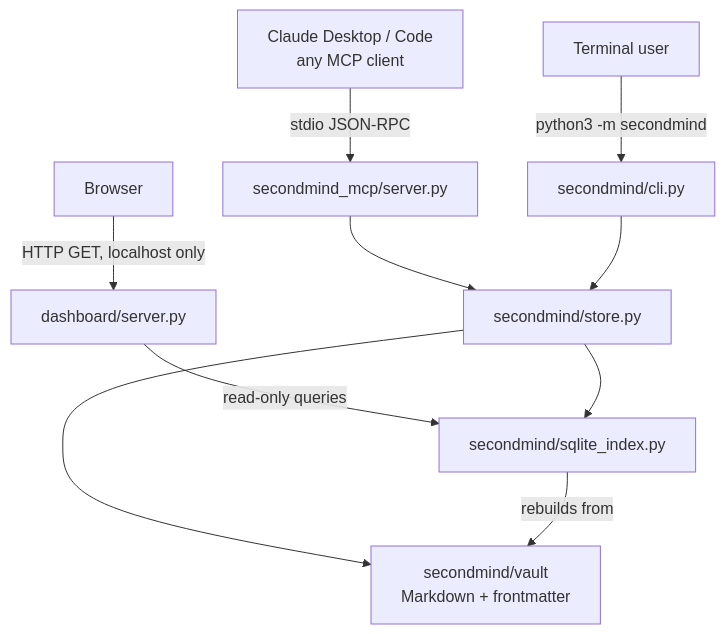
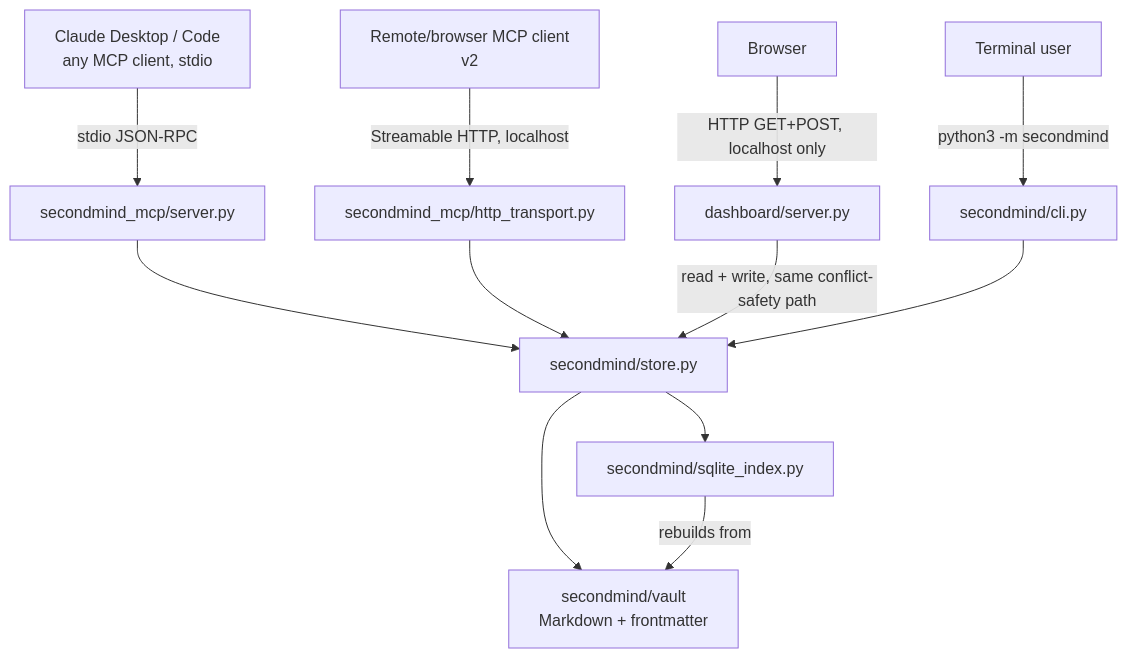
One commit to al-amin/SecondMind changed the first of 4 diagrams in ARCHITECTURE.md. Above: the diagram before and after it, drawn with Mermaid. The commit also changed other lines of this file, not shown here.

````diff
--- a/ARCHITECTURE.md
+++ b/ARCHITECTURE.md
@@ -13,14 +15,16 @@
 ```mermaid
 graph TD
-    A[Claude Desktop / Code<br/>any MCP client] -->|stdio JSON-RPC| B[secondmind_mcp/server.py]
-    C[Browser] -->|HTTP GET, localhost only| D[dashboard/server.py]
+    A[Claude Desktop / Code<br/>any MCP client, stdio] -->|stdio JSON-RPC| B[secondmind_mcp/server.py]
+    A2[Remote/browser MCP client<br/>v2] -->|Streamable HTTP, localhost| B2[secondmind_mcp/http_transport.py]
+    C[Browser] -->|HTTP GET+POST, localhost only| D[dashboard/server.py]
     E[Terminal user] -->|python3 -m secondmind| F[secondmind/cli.py]
 
     B --> G[secondmind/store.py]
-    D -->|read-only queries| H[secondmind/sqlite_index.py]
+    B2 --> G
+    D -->|read + write, same conflict-safety path| G
     F --> G
 
-    G --> H
+    G --> H[secondmind/sqlite_index.py]
     G --> I[secondmind/vault<br/>Markdown + frontmatter]
     H -->|rebuilds from| I
 ```
````
